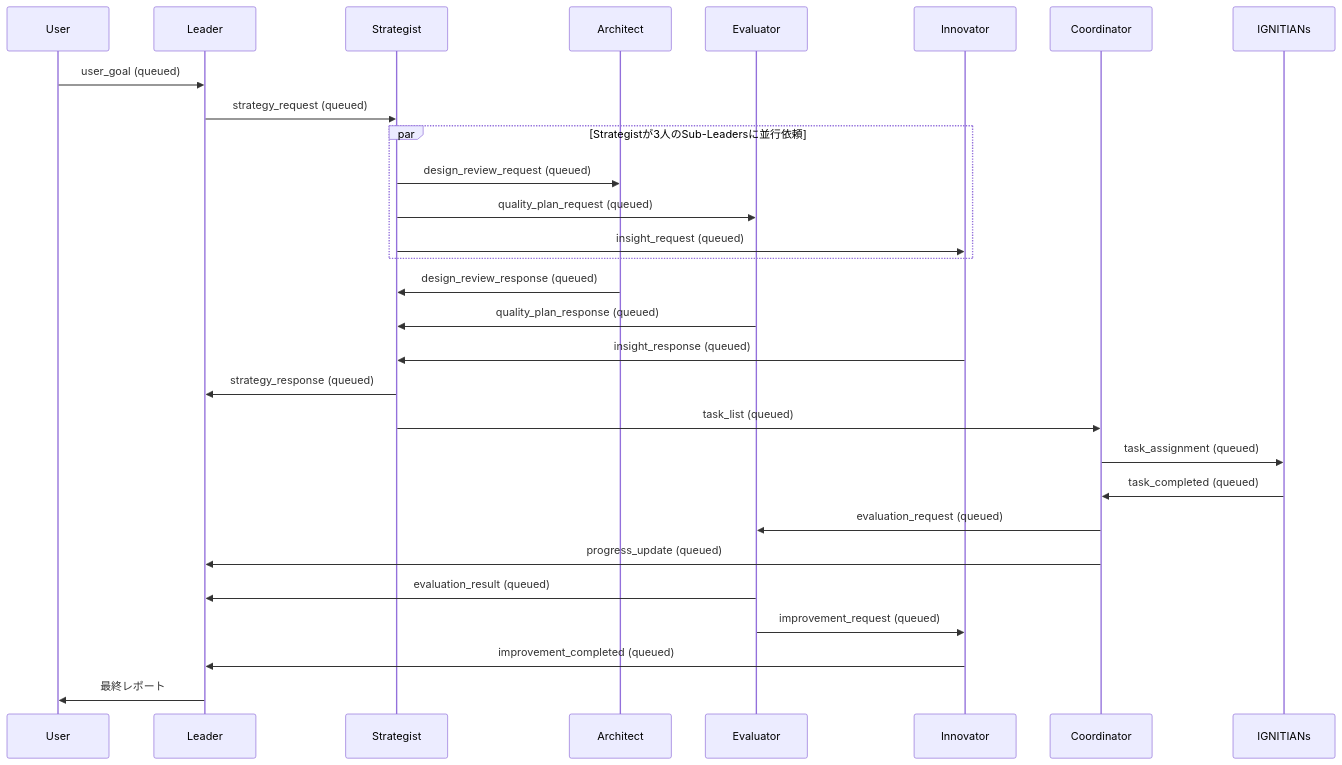
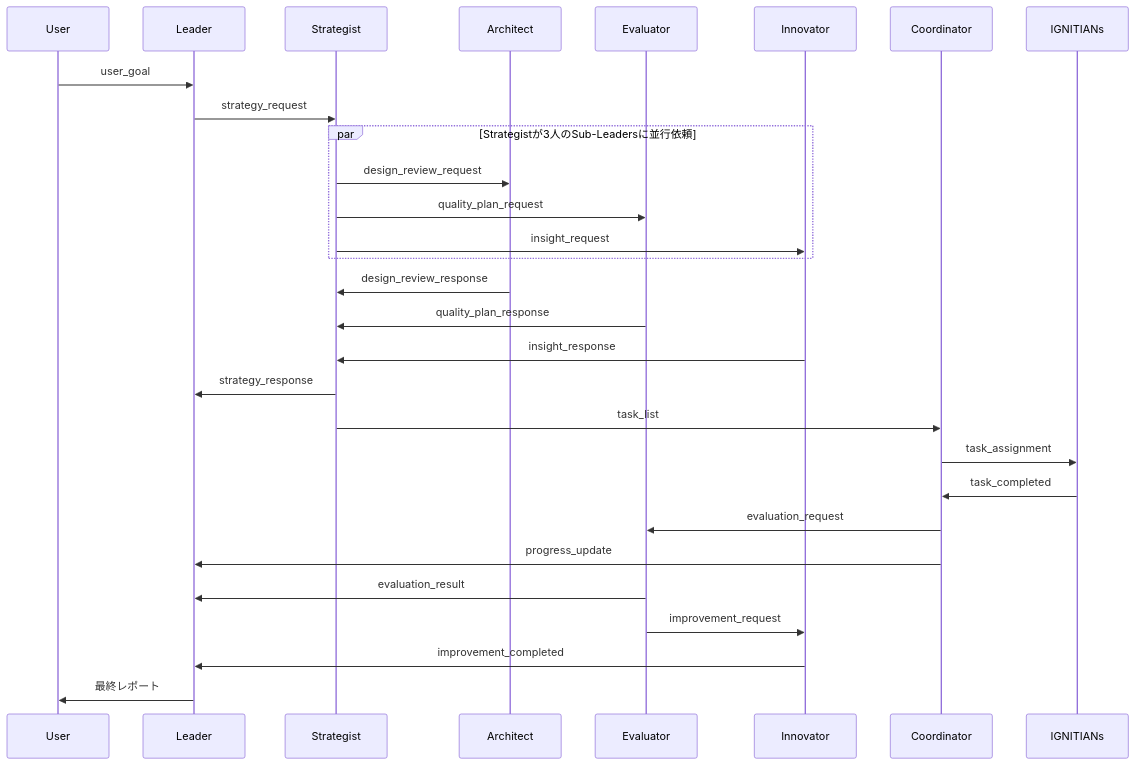
One commit to MShintani10/real-estate-os changed the second of 2 diagrams in README.md. Above: the diagram before and after it, drawn with Mermaid. The commit also changed other lines of this file and 5 other files, not shown here.

````diff
--- a/README.md
+++ b/README.md
@@ -225,39 +225,34 @@
 ```mermaid
 sequenceDiagram
     participant U as User
     participant L as Leader
     participant S as Strategist
     participant A as Architect
     participant E as Evaluator
     participant I as Innovator
     participant C as Coordinator
     participant IG as IGNITIANs
 
-    U->>L: user_goal (queued)
-    L->>S: strategy_request (queued)
+    U->>L: user_goal
+    L->>S: strategy_request
 
     par Strategistが3人のSub-Leadersに並行依頼
-        S->>A: design_review_request (queued)
-        S->>E: quality_plan_request (queued)
-        S->>I: insight_request (queued)
+        S->>A: design_review_request
+        S->>E: quality_plan_request
+        S->>I: insight_request
     end
 
-    A->>S: design_review_response (queued)
-    E->>S: quality_plan_response (queued)
-    I->>S: insight_response (queued)
-
-    S->>L: strategy_response (queued)
-    S->>C: task_list (queued)
-
-    C->>IG: task_assignment (queued)
-    IG->>C: task_completed (queued)
-
-    C->>E: evaluation_request (queued)
-    C->>L: progress_update (queued)
-
-    E->>L: evaluation_result (queued)
-    E->>I: improvement_request (queued)
-    I->>L: improvement_completed (queued)
-
+    A->>S: design_review_response
+    E->>S: quality_plan_response
+    I->>S: insight_response
+    S->>L: strategy_response
+    S->>C: task_list
+    C->>IG: task_assignment
+    IG->>C: task_completed
+    C->>E: evaluation_request
+    C->>L: progress_update
+    E->>L: evaluation_result
+    E->>I: improvement_request
+    I->>L: improvement_completed
     L->>U: 最終レポート
 ```
````
